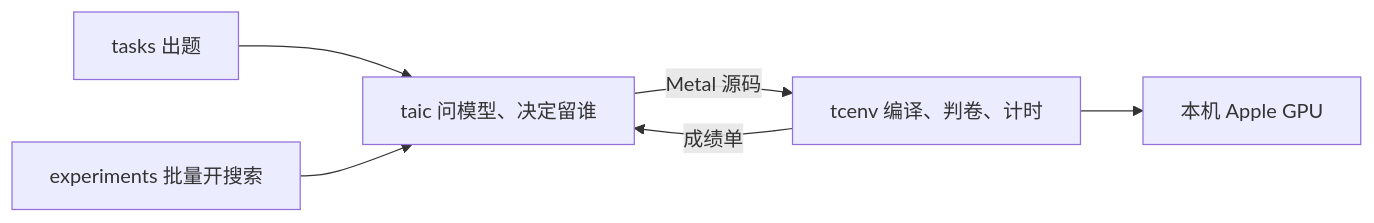
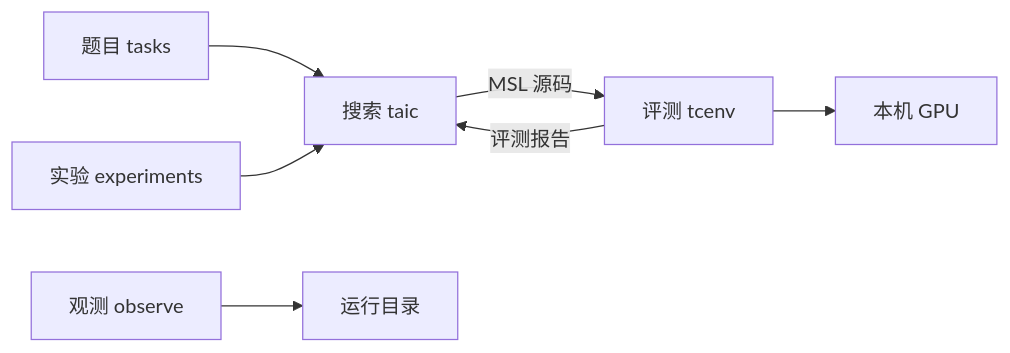
Before and after one commit to kuafuwang/ShapeForge: the first of 4 diagrams in docs/架构说明.md, drawn with Mermaid. The commit also changed other lines of this file and 13 other files, not shown here.

````diff
--- a/docs/架构说明.md
+++ b/docs/架构说明.md
@@ -389,8 +96,9 @@
 ```mermaid
 flowchart LR
-  tasks["tasks 出题"] --> taic["taic 问模型、决定留谁"]
-  taic -->|"Metal 源码"| tcenv["tcenv 编译、判卷、计时"]
-  tcenv -->|"成绩单"| taic
-  tcenv --> gpu["本机 Apple GPU"]
-  experiments["experiments 批量开搜索"] --> taic
+  tasks["题目 tasks"] --> taic["搜索 taic"]
+  taic -->|"MSL 源码"| tcenv["评测 tcenv"]
+  tcenv -->|"评测报告"| taic
+  tcenv --> gpu["本机 GPU"]
+  experiments["实验 experiments"] --> taic
+  observe["观测 observe"] --> runs["运行目录"]
 ```
````
